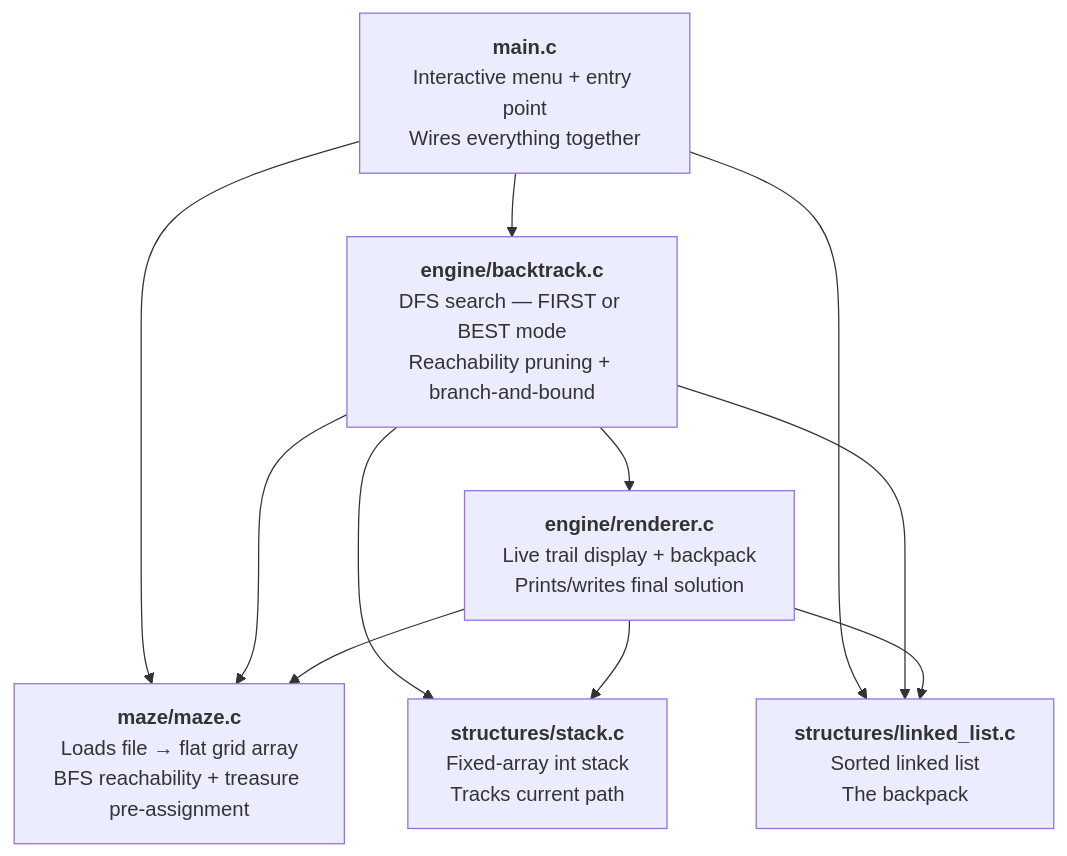
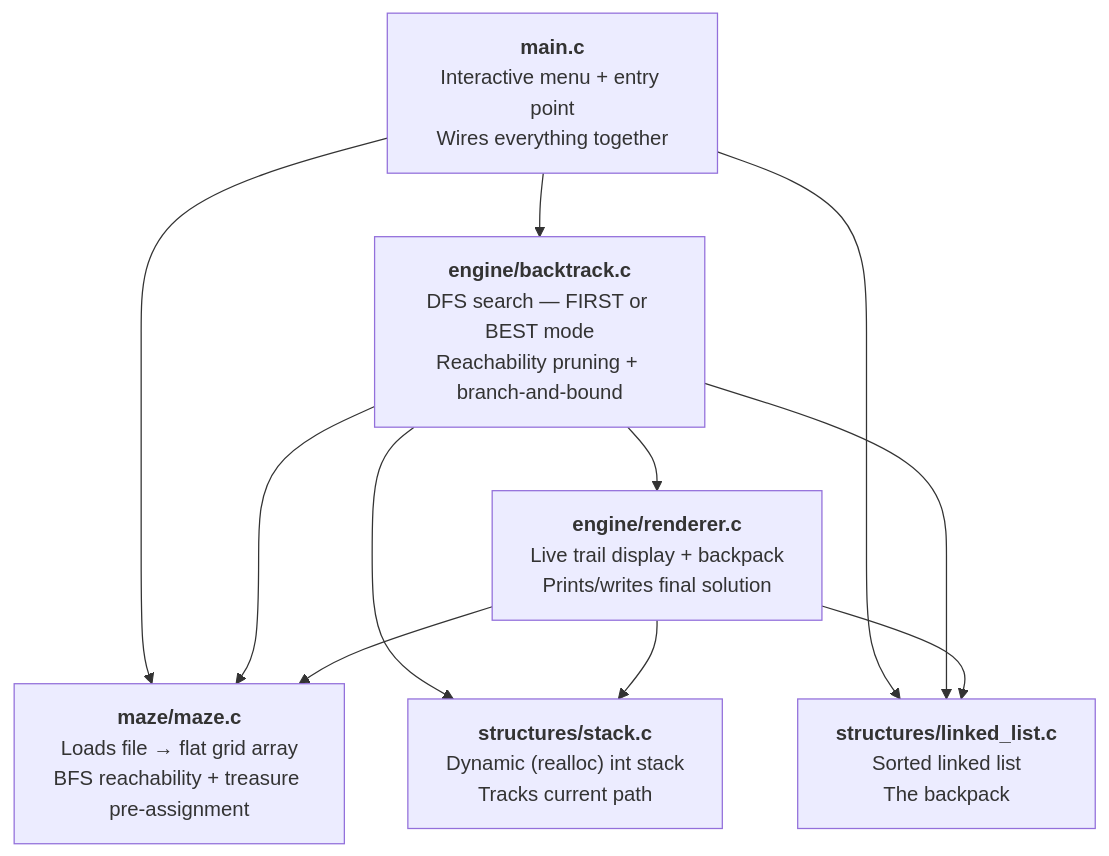
The first of 5 diagrams in docs/architecture.md (joseluinux/DSA5hSemesterProject), drawn with Mermaid before and after one commit. The commit also changed other lines of this file and 15 other files, not shown here.

Commit message:
:recycle::rocket: refactor[maze]: change maze allocation on stack to dynamic

````diff
--- a/docs/architecture.md
+++ b/docs/architecture.md
@@ -11,27 +11,27 @@
 ```mermaid
 graph TD
     main["<b>main.c</b><br/>Interactive menu + entry point<br/>Wires everything together"]
 
     maze["<b>maze/maze.c</b><br/>Loads file → flat grid array<br/>BFS reachability + treasure pre-assignment"]
 
     backtrack["<b>engine/backtrack.c</b><br/>DFS search — FIRST or BEST mode<br/>Reachability pruning + branch-and-bound"]
 
     renderer["<b>engine/renderer.c</b><br/>Live trail display + backpack<br/>Prints/writes final solution"]
 
-    stack["<b>structures/stack.c</b><br/>Fixed-array int stack<br/>Tracks current path"]
+    stack["<b>structures/stack.c</b><br/>Dynamic (realloc) int stack<br/>Tracks current path"]
 
     linked_list["<b>structures/linked_list.c</b><br/>Sorted linked list<br/>The backpack"]
 
     main       --> maze
     main       --> backtrack
     main       --> linked_list
 
     backtrack  --> maze
     backtrack  --> stack
     backtrack  --> linked_list
     backtrack  --> renderer
 
     renderer   --> maze
     renderer   --> linked_list
     renderer   --> stack
 ```
````
